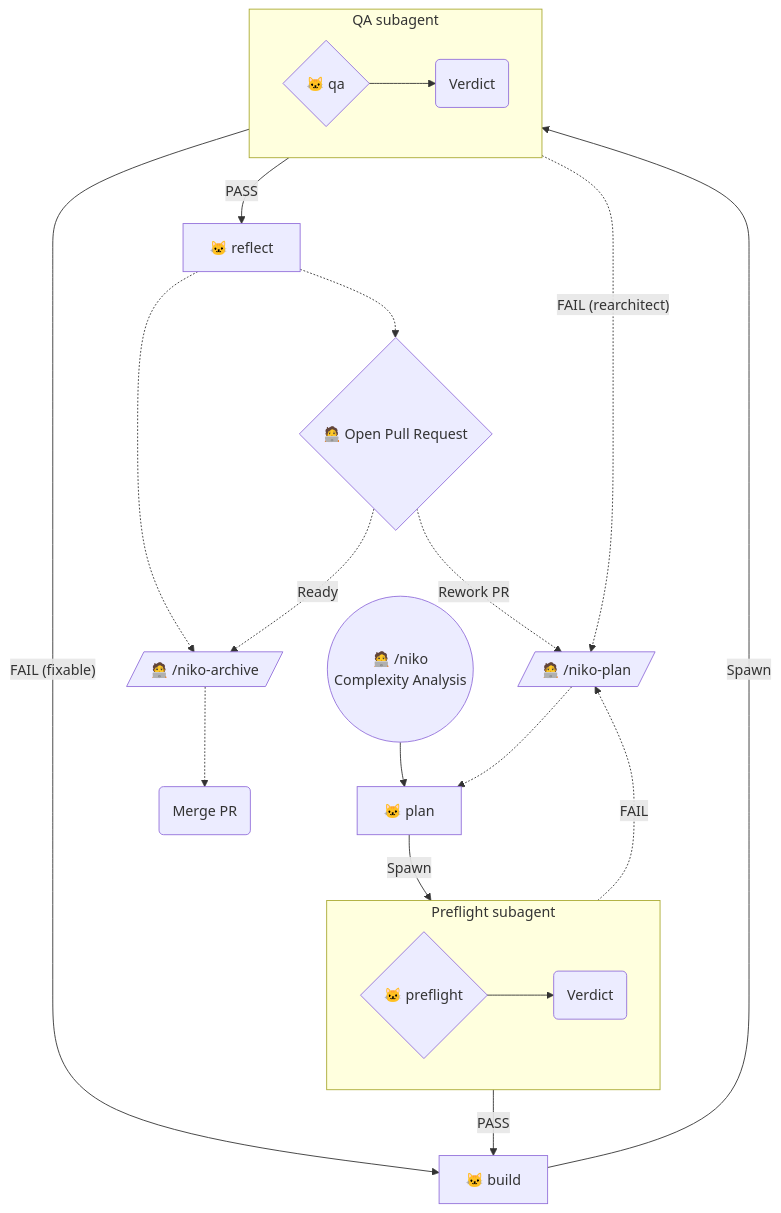
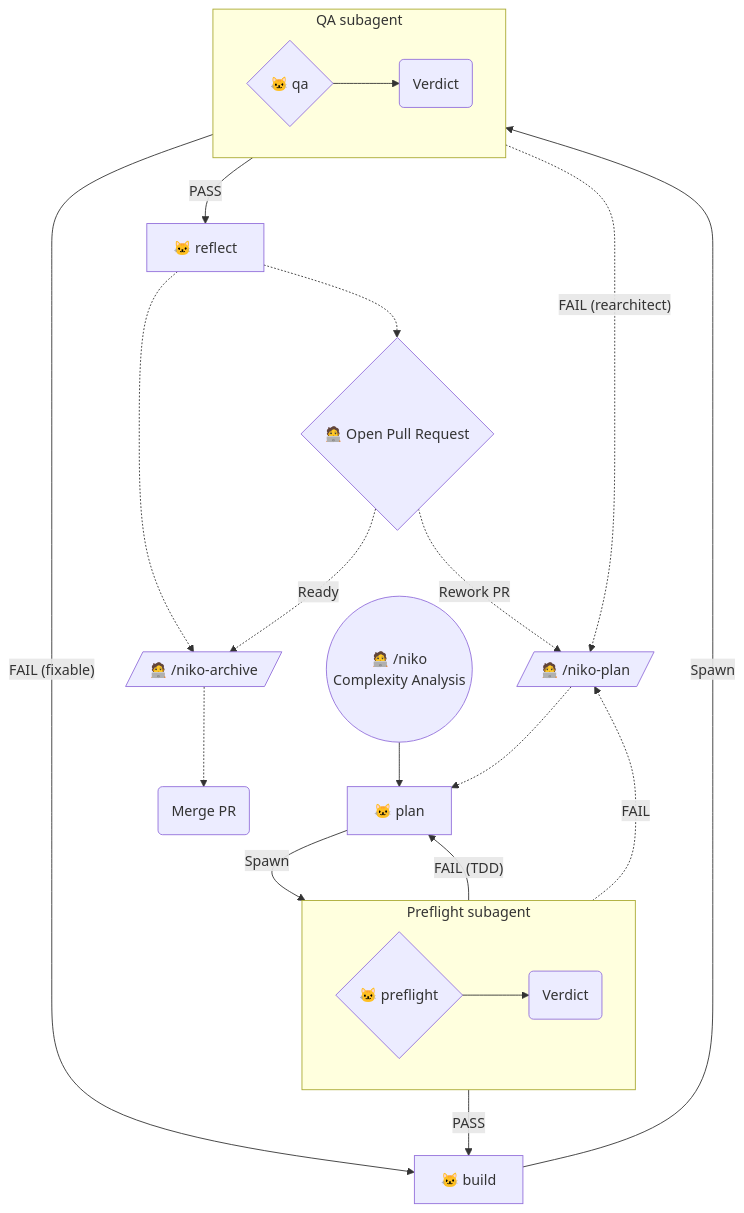
The fourth of 6 diagrams in rulesets/niko/README.md (Texarkanine/.cursor-rules), drawn with Mermaid before and after one commit. The commit also changed other lines of this file and 13 other files, not shown here.

````diff
--- a/rulesets/niko/README.md
+++ b/rulesets/niko/README.md
@@ -187,32 +188,33 @@
 ```mermaid
 flowchart TD
 	Start(("🧑‍💻 /niko<br>Complexity Analysis")) --> NikoPlan["🐱 plan"]
-	NikoPlan --Spawn--> PF
-	subgraph PFSA["Preflight subagent"]
+	NikoPlan --Spawn--> NikoPreflight
+	subgraph PreflightSubagent["Preflight subagent"]
 		direction LR
-		PF{"🐱 preflight"} --> PFV("Verdict")
+		NikoPreflight{"🐱 preflight"} --> PreflightVerdict("Verdict")
 	end
-	PFV -->|"PASS"| NikoBuild["🐱 build"]
-	PFV -.->|"FAIL"| ManualPlan[/"🧑‍💻 /niko-plan"/]
+	PreflightVerdict -->|"PASS"| NikoBuild["🐱 build"]
+	PreflightVerdict -->|"FAIL (TDD)"| NikoPlan
+	PreflightVerdict -.->|"FAIL"| ManualPlan[/"🧑‍💻 /niko-plan"/]
 
-	NikoBuild --Spawn--> QA
-	subgraph QASA["QA subagent"]
+	NikoBuild --Spawn--> NikoQA
+	subgraph QASubagent["QA subagent"]
 		direction LR
-		QA{"🐱 qa"} --> QAV("Verdict")
+		NikoQA{"🐱 qa"} --> QAVerdict("Verdict")
 	end
-	QAV -->|"PASS"| NikoReflect["🐱 reflect"]
+	QAVerdict -->|"PASS"| NikoReflect["🐱 reflect"]
 	NikoReflect -.-> ManualArchive[/"🧑‍💻 /niko-archive"/]
-	QAV -->|"FAIL (fixable)"| NikoBuild
-	QAV -.->|"FAIL (rearchitect)"| ManualPlan
+	QAVerdict -->|"FAIL (fixable)"| NikoBuild
+	QAVerdict -.->|"FAIL (rearchitect)"| ManualPlan
 
 	ManualPlan -.-> NikoPlan
 
 	PR{"🧑‍💻 Open Pull Request"}
 
 	NikoReflect -.-> PR
 
 	PR -."Ready".-> ManualArchive
 	PR -."Rework PR".-> ManualPlan
 
 	ManualArchive -.-> MergePR("Merge PR")
 ```
````
